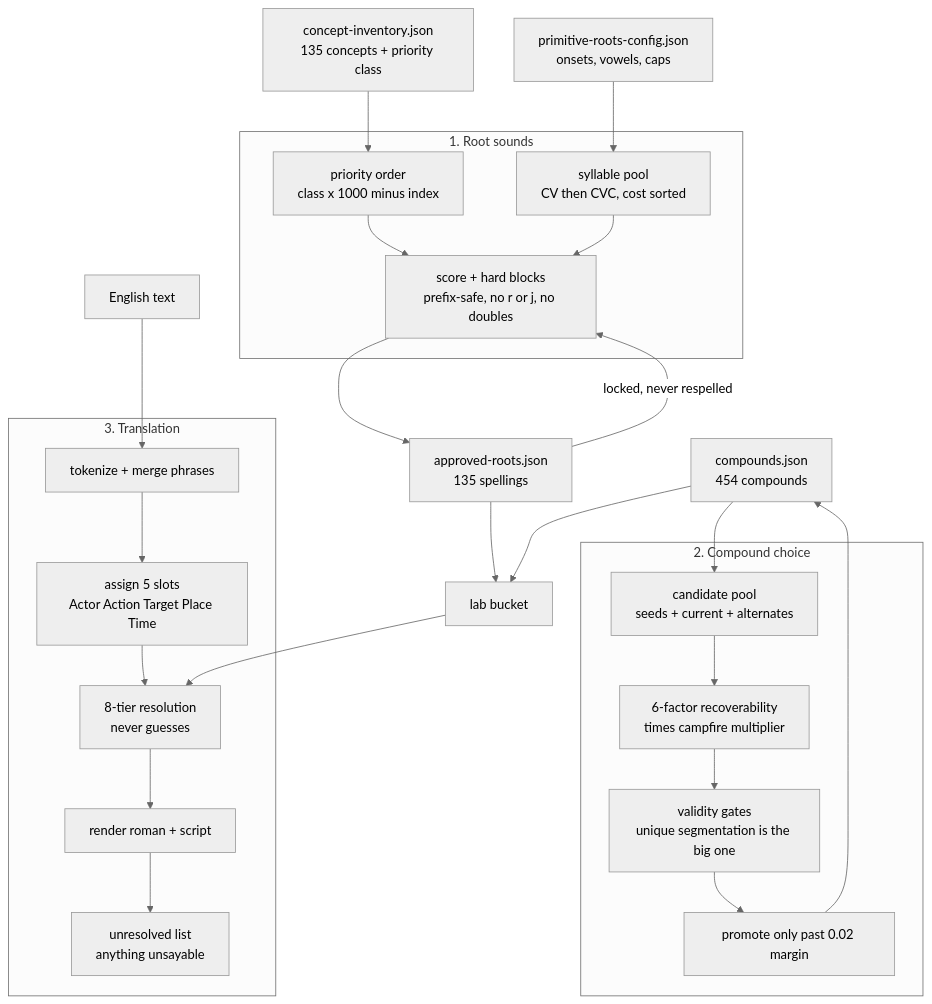
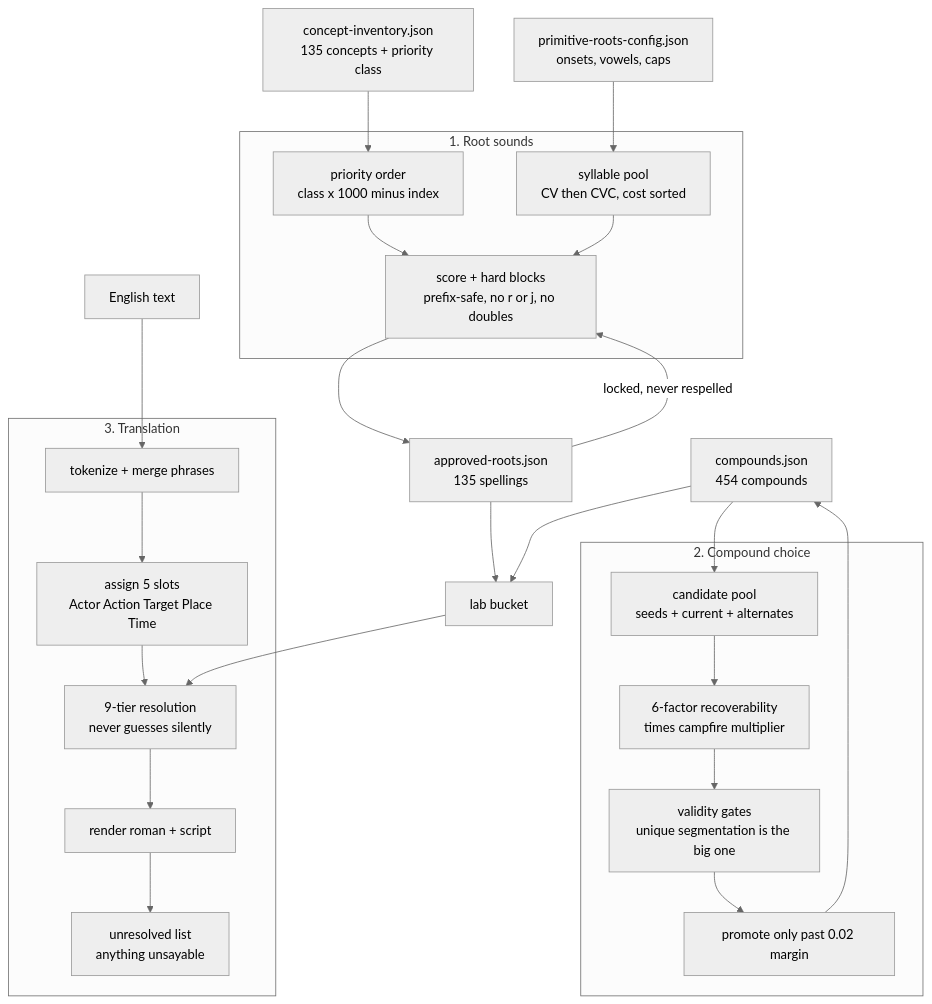
One commit to Fonora/fonora changed the third of 3 diagrams in docs/fonoran-architecture.md. Above: the diagram before and after it, drawn with Mermaid (neutral theme). The commit also changed 32 other files, not shown here.

````diff
--- a/docs/fonoran-architecture.md
+++ b/docs/fonoran-architecture.md
@@ -99,51 +99,51 @@
 ```mermaid
 flowchart TD
   INV["concept-inventory.json\n135 concepts + priority class"]
   CFG["primitive-roots-config.json\nonsets, vowels, caps"]
   APPR["approved-roots.json\n135 spellings"]
   COMP["compounds.json\n454 compounds"]
   LEX["lab bucket"]
 
   subgraph roots [1. Root sounds]
     P1["priority order\nclass x 1000 minus index"]
     POOL["syllable pool\nCV then CVC, cost sorted"]
     PICK["score + hard blocks\nprefix-safe, no r or j, no doubles"]
   end
 
   subgraph compounds [2. Compound choice]
     POOL2["candidate pool\nseeds + current + alternates"]
     SCORE["6-factor recoverability\ntimes campfire multiplier"]
     GATE["validity gates\nunique segmentation is the big one"]
     PROMOTE["promote only past 0.02 margin"]
   end
 
   subgraph translate [3. Translation]
     TOK["tokenize + merge phrases"]
     SLOT["assign 5 slots\nActor Action Target Place Time"]
-    RES["8-tier resolution\nnever guesses"]
+    RES["9-tier resolution\nnever guesses silently"]
     REND["render roman + script"]
     GAPS["unresolved list\nanything unsayable"]
   end
 
   INV --> P1
   CFG --> POOL
   P1 --> PICK
   POOL --> PICK
   APPR -->|"locked, never respelled"| PICK
   PICK --> APPR
 
   COMP --> POOL2
   POOL2 --> SCORE
   SCORE --> GATE
   GATE --> PROMOTE
   PROMOTE --> COMP
 
   APPR --> LEX
   COMP --> LEX
   EN["English text"] --> TOK
   TOK --> SLOT
   SLOT --> RES
   LEX --> RES
   RES --> REND
   REND --> GAPS
 ```
````
